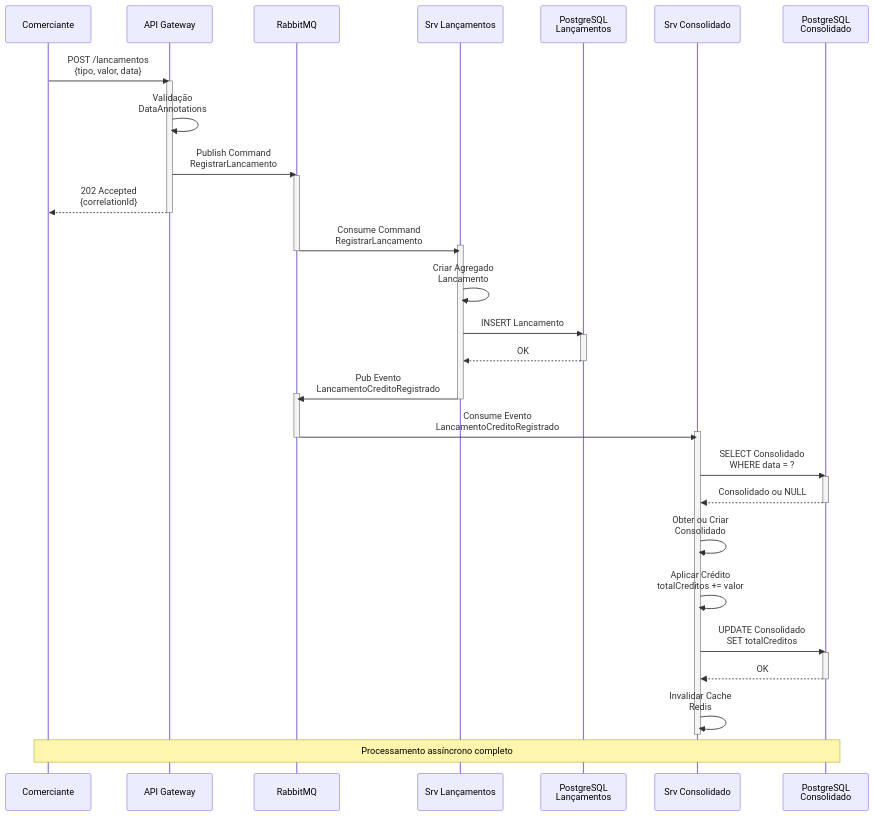
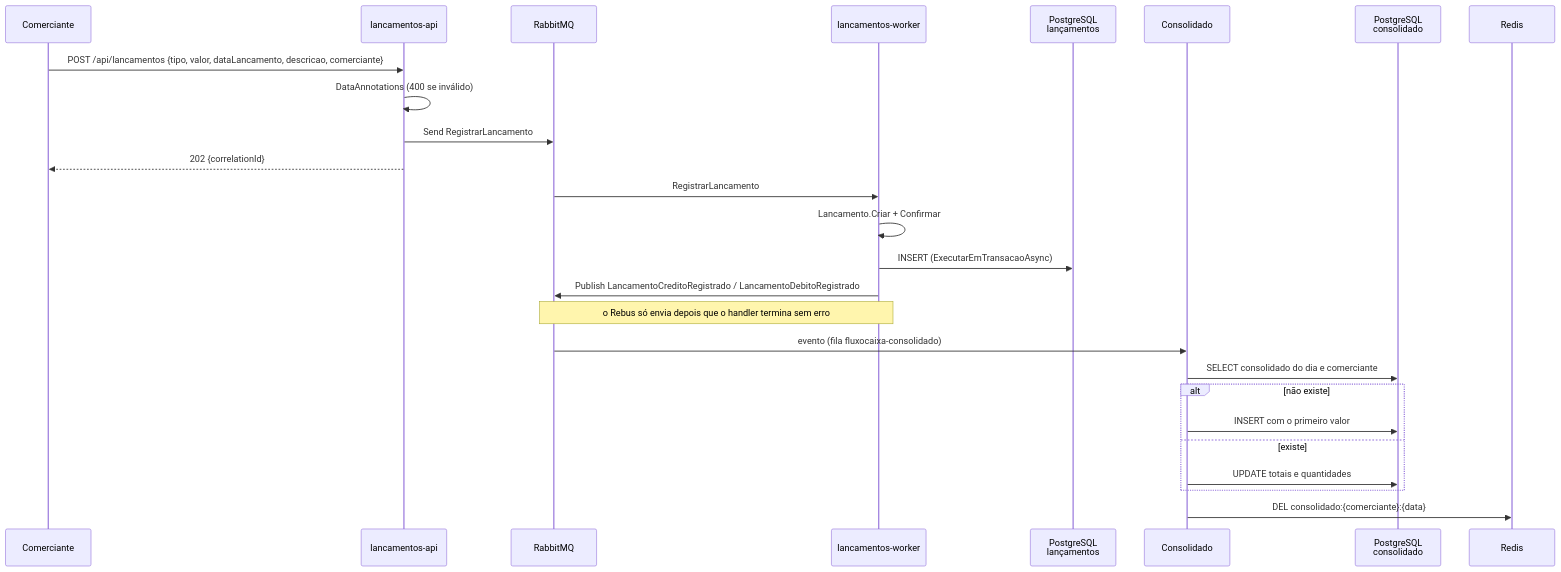
The second of 6 diagrams in docs/diagramas-fluxo-caixa.md (felipemarcianodev/saga-poc-dotnet), drawn with Mermaid before and after one commit. The commit also changed other lines of this file and 32 other files, not shown here.

````diff
--- a/docs/diagramas-fluxo-caixa.md
+++ b/docs/diagramas-fluxo-caixa.md
@@ -72,59 +56,31 @@
 ```mermaid
 sequenceDiagram
     participant C as Comerciante
-    participant API as API Gateway
+    participant API as lancamentos-api
     participant MQ as RabbitMQ
-    participant SL as Srv Lançamentos
-    participant DB as PostgreSQL<br/>Lançamentos
-    participant SC as Srv Consolidado
-    participant DBC as PostgreSQL<br/>Consolidado
+    participant W as lancamentos-worker
+    participant DBL as PostgreSQL<br/>lançamentos
+    participant CO as Consolidado
+    participant DBC as PostgreSQL<br/>consolidado
+    participant R as Redis
 
-    C->>API: POST /lancamentos<br/>{tipo, valor, data}
-    activate API
+    C->>API: POST /api/lancamentos {tipo, valor, dataLancamento, descricao, comerciante}
+    API->>API: DataAnnotations (400 se inválido)
+    API->>MQ: Send RegistrarLancamento
+    API-->>C: 202 {correlationId}
 
-    API->>API: Validação<br/>DataAnnotations
+    MQ->>W: RegistrarLancamento
+    W->>W: Lancamento.Criar + Confirmar
+    W->>DBL: INSERT (ExecutarEmTransacaoAsync)
+    W->>MQ: Publish LancamentoCreditoRegistrado / LancamentoDebitoRegistrado
+    Note over W,MQ: o Rebus só envia depois que o handler termina sem erro
 
-    API->>MQ: Publish Command<br/>RegistrarLancamento
-    activate MQ
-
-    API-->>C: 202 Accepted<br/>{correlationId}
-    deactivate API
-
-    MQ->>SL: Consume Command<br/>RegistrarLancamento
-    activate SL
-    deactivate MQ
-
-    SL->>SL: Criar Agregado<br/>Lancamento
-
-    SL->>DB: INSERT Lancamento
-    activate DB
-    DB-->>SL: OK
-    deactivate DB
-
-    SL->>MQ: Pub Evento<br/>LancamentoCreditoRegistrado
-    activate MQ
-    deactivate SL
-
-    MQ->>SC: Consume Evento<br/>LancamentoCreditoRegistrado
-    activate SC
-    deactivate MQ
-
-    SC->>DBC: SELECT Consolidado<br/>WHERE data = ?
-    activate DBC
-    DBC-->>SC: Consolidado ou NULL
-    deactivate DBC
-
-    SC->>SC: Obter ou Criar<br/>Consolidado
-
-    SC->>SC: Aplicar Crédito<br/>totalCreditos += valor
-
-    SC->>DBC: UPDATE Consolidado<br/>SET totalCreditos
-    activate DBC
-    DBC-->>SC: OK
-    deactivate DBC
-
-    SC->>SC: Invalidar Cache<br/>Redis
-    deactivate SC
-
-    Note over C,DBC: Processamento assíncrono completo
+    MQ->>CO: evento (fila fluxocaixa-consolidado)
+    CO->>DBC: SELECT consolidado do dia e comerciante
+    alt não existe
+        CO->>DBC: INSERT com o primeiro valor
+    else existe
+        CO->>DBC: UPDATE totais e quantidades
+    end
+    CO->>R: DEL consolidado:{comerciante}:{data}
 ```
````
